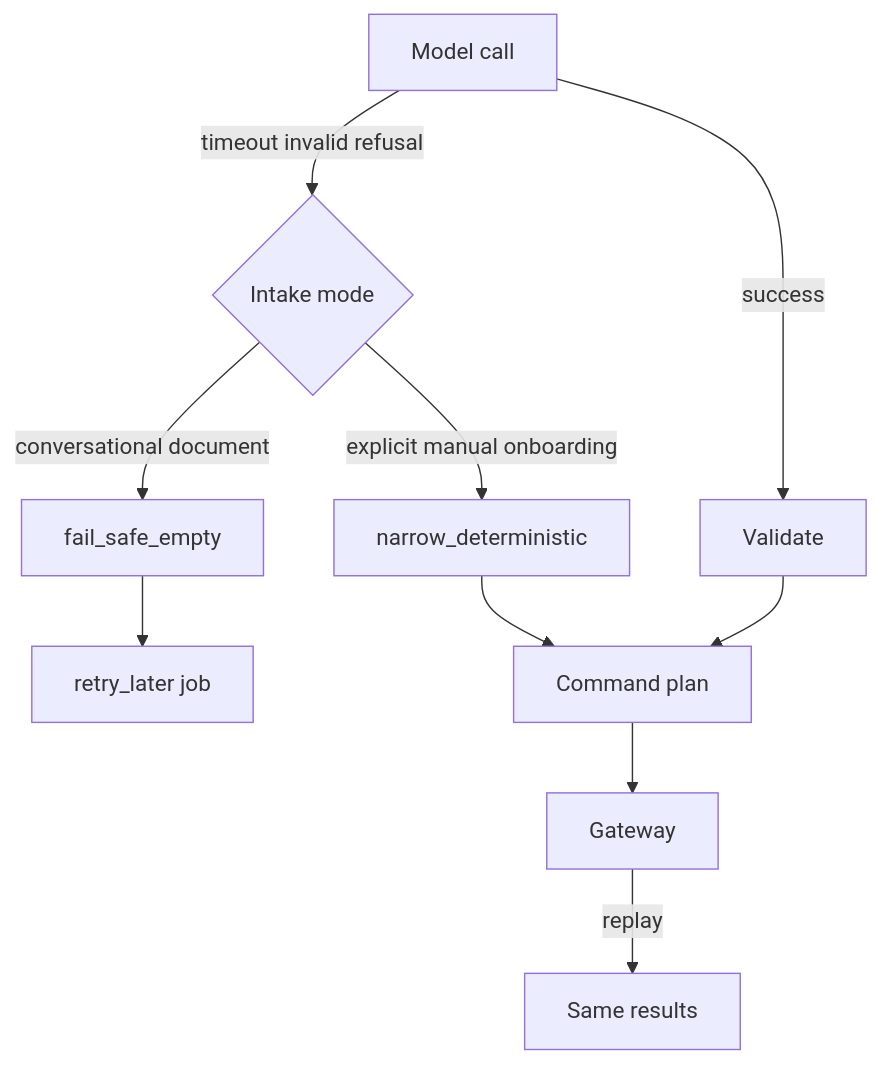
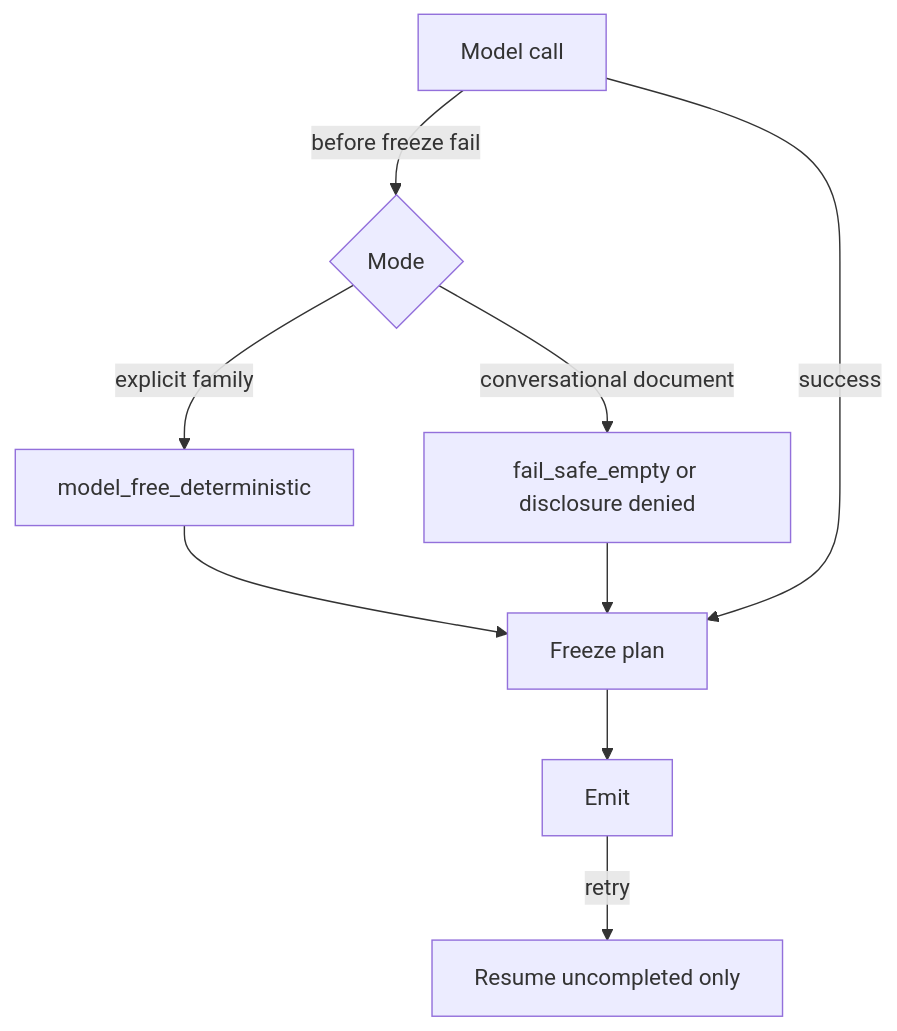
Before and after one commit to NicolVii/ContextVault: the tenth of 12 diagrams in docs/memory-system/10-memory-processing-design.md, drawn with Mermaid. The commit also changed other lines of this file, not shown here.

First line of the commit message:
docs: correct Stage 10 processing freeze and authority contracts

````diff
--- a/docs/memory-system/10-memory-processing-design.md
+++ b/docs/memory-system/10-memory-processing-design.md
@@ -1651,12 +1270,11 @@
 ```mermaid
 flowchart TD
-  Call[Model call] -->|success| Val[Validate]
-  Call -->|timeout invalid refusal| Mode{Intake mode}
-  Mode -->|explicit manual onboarding| Narrow[narrow_deterministic]
-  Mode -->|conversational document| Empty[fail_safe_empty]
-  Empty --> Retry[retry_later job]
-  Narrow --> Plan[Command plan]
-  Val --> Plan
-  Plan --> GW[Gateway]
-  GW -->|replay| Same[Same results]
+  Call[Model call] -->|before freeze fail| Mode{Mode}
+  Mode -->|explicit family| MF[model_free_deterministic]
+  Mode -->|conversational document| Empty[fail_safe_empty or disclosure denied]
+  MF --> FZ[Freeze plan]
+  Empty --> FZ
+  Call -->|success| FZ
+  FZ --> Em[Emit]
+  Em -->|retry| Em2[Resume uncompleted only]
 ```
````
